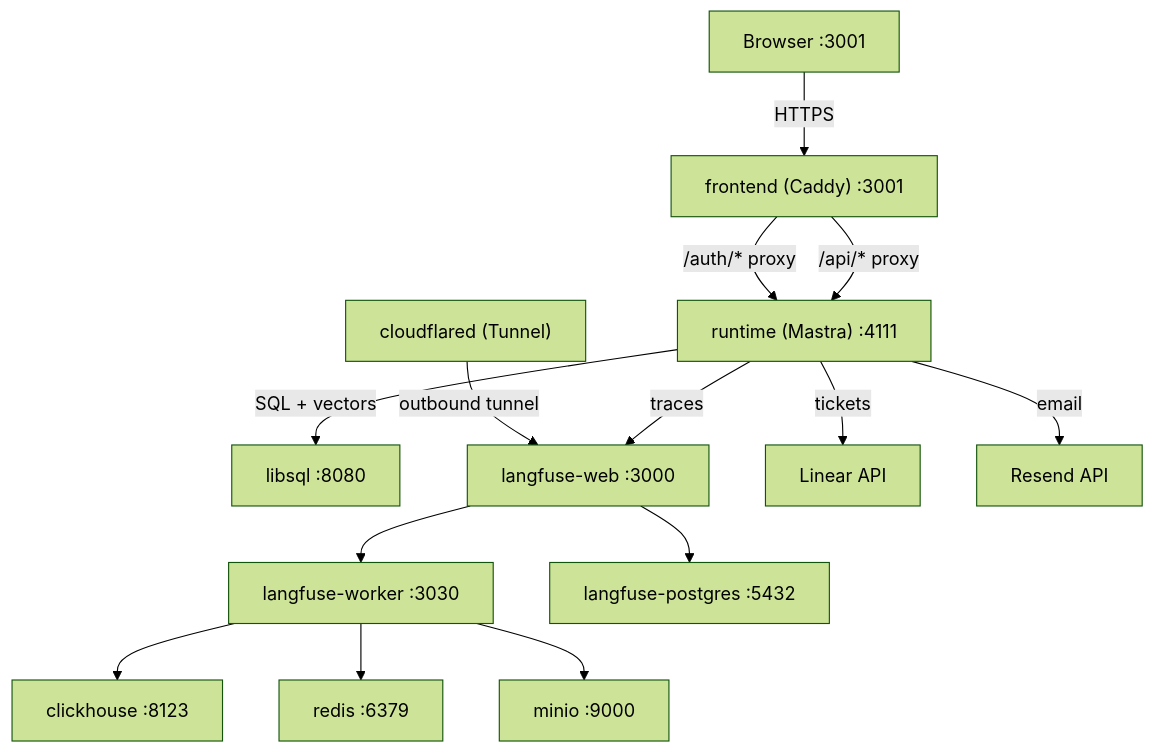
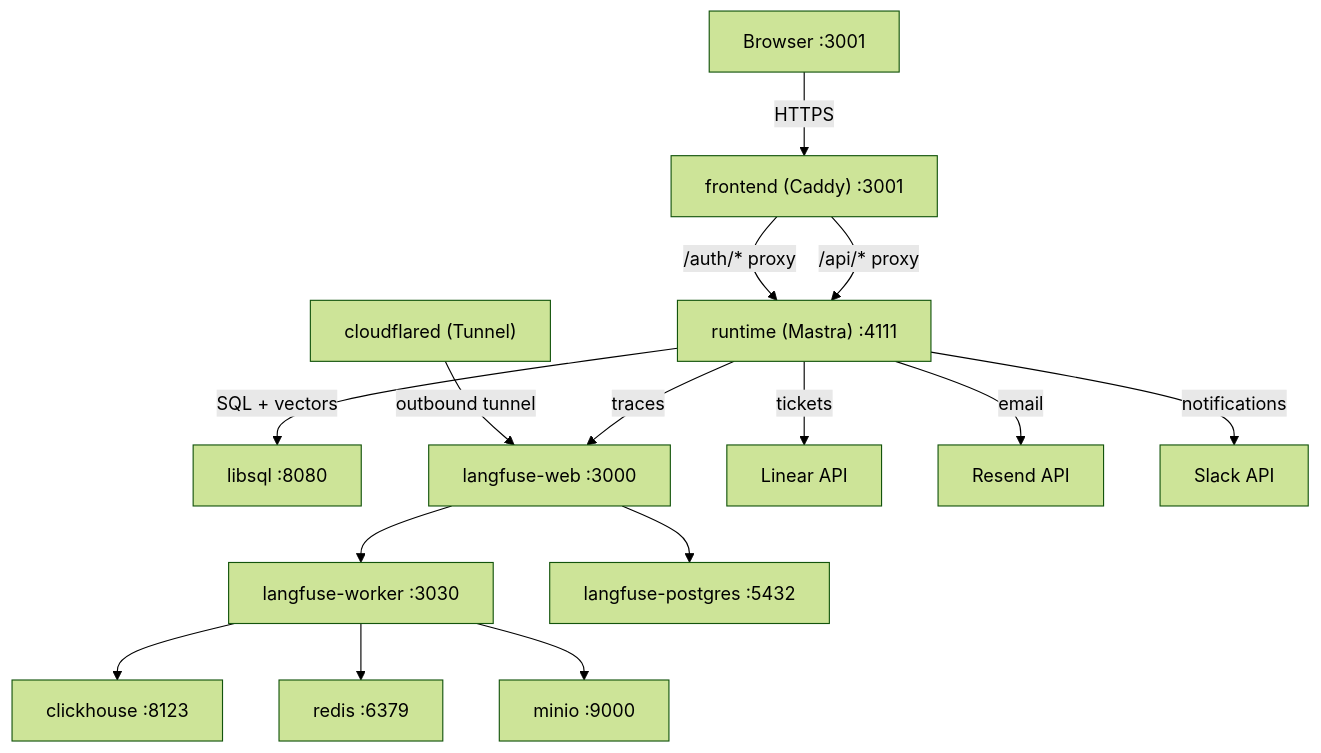
The diagram in README.md (Agentic-Engineering-Agency/triage), drawn with Mermaid (forest theme) before and after one commit. The commit also changed other lines of this file and 11 other files, not shown here.

````diff
--- a/README.md
+++ b/README.md
@@ -19,16 +21,17 @@
 ```mermaid
 graph TD
     Browser["Browser :3001"] -->|HTTPS| frontend["frontend (Caddy) :3001"]
     frontend -->|/api/* proxy| runtime["runtime (Mastra) :4111"]
     frontend -->|/auth/* proxy| runtime
     runtime -->|SQL + vectors| libsql["libsql :8080"]
     runtime -->|traces| langfuse-web["langfuse-web :3000"]
     runtime -->|tickets| linear["Linear API"]
     runtime -->|email| resend["Resend API"]
+    runtime -->|notifications| slack["Slack API"]
     langfuse-web --> langfuse-worker["langfuse-worker :3030"]
     langfuse-worker --> clickhouse["clickhouse :8123"]
     langfuse-worker --> redis["redis :6379"]
     langfuse-worker --> minio["minio :9000"]
     langfuse-web --> langfuse-postgres["langfuse-postgres :5432"]
     cloudflared["cloudflared (Tunnel)"] -->|outbound tunnel| langfuse-web
 ```
````
